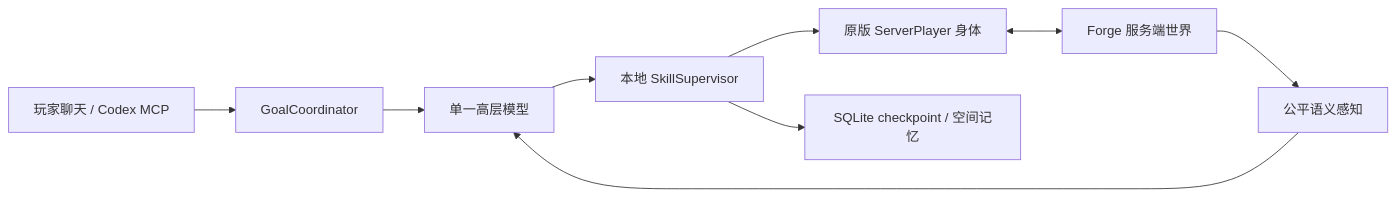
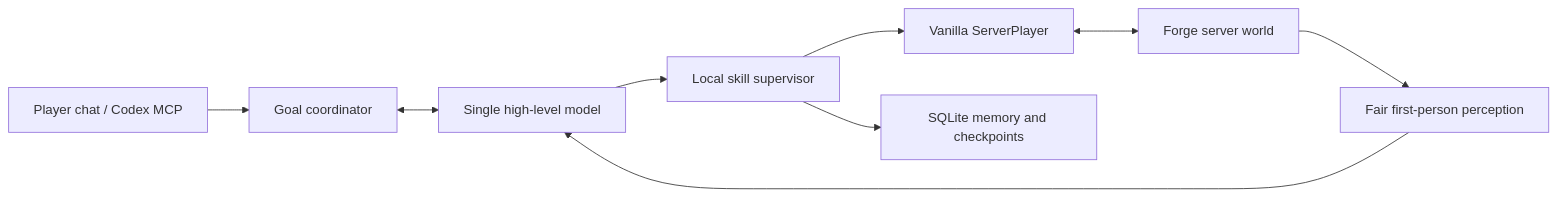
One commit to weidakuang/MinePilot changed the diagram in docs/ARCHITECTURE.md. Above: the diagram before and after it, drawn with Mermaid. The commit also changed other lines of this file and 33 other files, not shown here.

````diff
--- a/docs/ARCHITECTURE.md
+++ b/docs/ARCHITECTURE.md
@@ -5,11 +3,11 @@
 ```mermaid
 flowchart LR
-    U["玩家聊天 / Codex MCP"] --> G["GoalCoordinator"]
-    G --> M["单一高层模型"]
-    P["公平语义感知"] --> M
-    M --> S["本地 SkillSupervisor"]
-    S --> B["原版 ServerPlayer 身体"]
-    B <--> W["Forge 服务端世界"]
+    U["Player chat / Codex MCP"] --> G["Goal coordinator"]
+    G <--> M["Single high-level model"]
+    P["Fair first-person perception"] --> M
+    M --> S["Local skill supervisor"]
+    S --> B["Vanilla ServerPlayer"]
+    B <--> W["Forge server world"]
     W --> P
-    S --> D["SQLite checkpoint / 空间记忆"]
+    S --> D["SQLite memory and checkpoints"]
 ```
````
